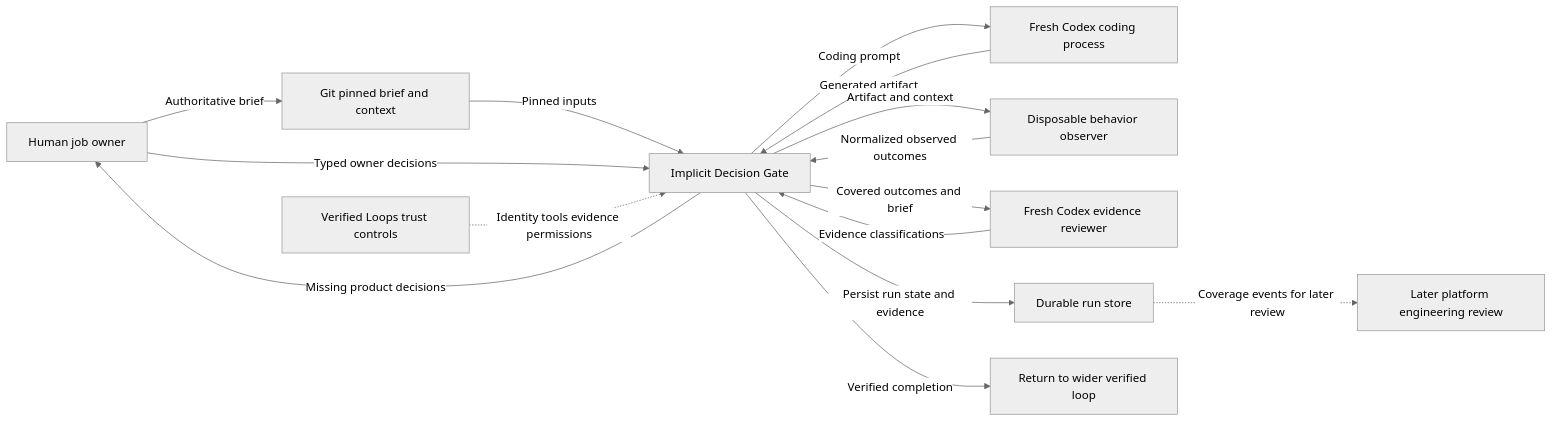
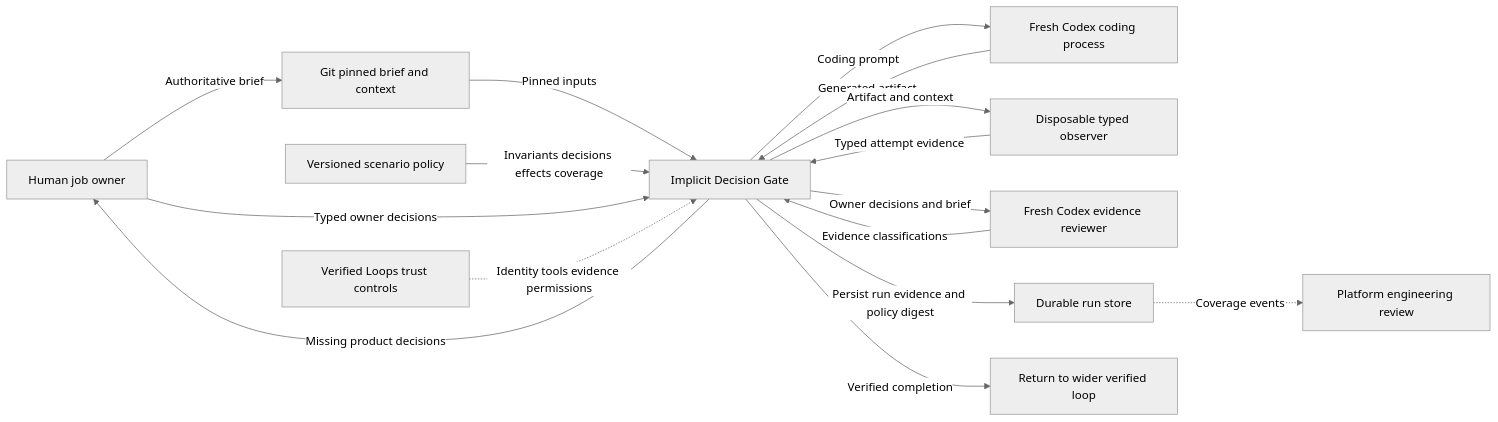
Before and after one commit to genesobolev/implicit-decision-gate: the diagram in notebooks/assets/diagrams/system_context.mmd, drawn with Mermaid (neutral theme). The commit also changed 31 other files, not shown here.

Commit message:
Add typed evidence and coverage policy

```diff
--- a/notebooks/assets/diagrams/system_context.mmd
+++ b/notebooks/assets/diagrams/system_context.mmd
@@ -1,26 +1,28 @@
 flowchart LR
     owner[Human job owner]
     git[Git pinned brief and context]
+    policy[Versioned scenario policy]
     orchestrator[Implicit Decision Gate]
     coder[Fresh Codex coding process]
-    observer[Disposable behavior observer]
+    observer[Disposable typed observer]
     reviewer[Fresh Codex evidence reviewer]
     store[Durable run store]
-    platform[Later platform engineering review]
+    platform[Platform engineering review]
     verified[Return to wider verified loop]
     trust[Verified Loops trust controls]
 
     owner -->|Authoritative brief| git
     git -->|Pinned inputs| orchestrator
+    policy -->|Invariants decisions effects coverage| orchestrator
     orchestrator -->|Coding prompt| coder
     coder -->|Generated artifact| orchestrator
     orchestrator -->|Artifact and context| observer
-    observer -->|Normalized observed outcomes| orchestrator
-    orchestrator -->|Covered outcomes and brief| reviewer
+    observer -->|Typed attempt evidence| orchestrator
+    orchestrator -->|Owner decisions and brief| reviewer
     reviewer -->|Evidence classifications| orchestrator
     orchestrator -->|Missing product decisions| owner
     owner -->|Typed owner decisions| orchestrator
-    orchestrator -->|Persist run state and evidence| store
-    store -.->|Coverage events for later review| platform
+    orchestrator -->|Persist run evidence and policy digest| store
+    store -.->|Coverage events| platform
     orchestrator -->|Verified completion| verified
     trust -.->|Identity tools evidence permissions| orchestrator
```
